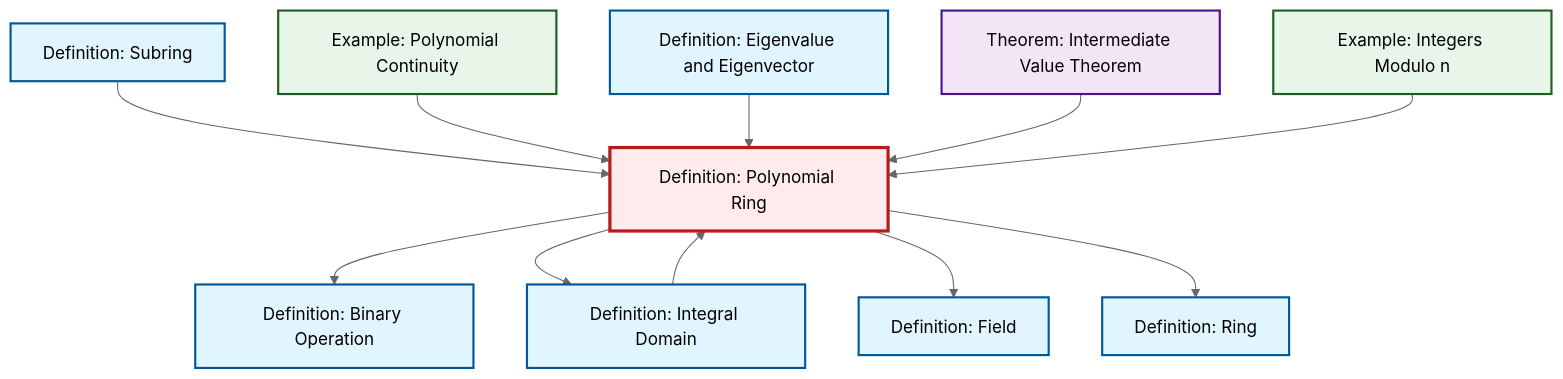
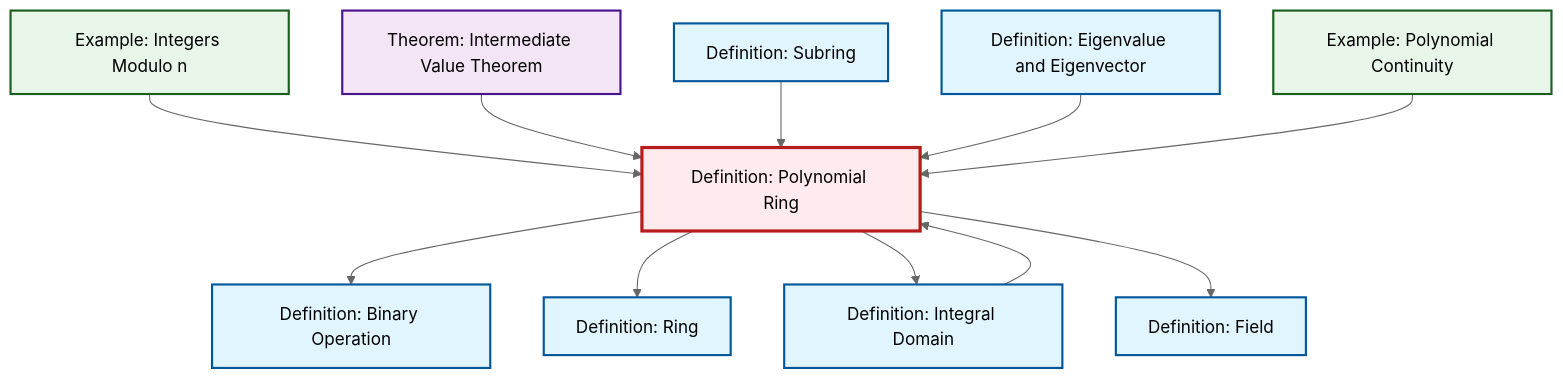
The diagram in content/en/algebra/def-polynomial-ring.qmd (RK0429/ModernMath), drawn with Mermaid (neutral theme) before and after one commit. The commit also changed other lines of this file and 634 other files, not shown here.

````diff
--- a/content/en/algebra/def-polynomial-ring.qmd
+++ b/content/en/algebra/def-polynomial-ring.qmd
@@ -94,39 +94,39 @@
 ```{mermaid}
 %%| fig-cap: "Local dependency graph"
 graph TD
     classDef definition fill:#e1f5fe,stroke:#01579b,stroke-width:2px
     classDef theorem fill:#f3e5f5,stroke:#4a148c,stroke-width:2px
     classDef axiom fill:#fff3e0,stroke:#e65100,stroke-width:2px
     classDef example fill:#e8f5e9,stroke:#1b5e20,stroke-width:2px
     classDef current fill:#ffebee,stroke:#b71c1c,stroke-width:3px
     def-binary-operation["Definition: Binary Operation"]:::definition
-    thm-intermediate-value["Theorem: Intermediate Value Theorem"]:::theorem
     ex-polynomial-continuity["Example: Polynomial Continuity"]:::example
+    def-ring["Definition: Ring"]:::definition
+    def-eigenvalue-eigenvector["Definition: Eigenvalue and Eigenvector"]:::definition
     def-integral-domain["Definition: Integral Domain"]:::definition
-    def-eigenvalue-eigenvector["Definition: Eigenvalue and Eigenvector"]:::definition
     def-subring["Definition: Subring"]:::definition
     ex-quotient-integers-mod-n["Example: Integers Modulo n"]:::example
+    def-field["Definition: Field"]:::definition
+    thm-intermediate-value["Theorem: Intermediate Value Theorem"]:::theorem
     def-polynomial-ring["Definition: Polynomial Ring"]:::definition
-    def-field["Definition: Field"]:::definition
-    def-ring["Definition: Ring"]:::definition
+    ex-quotient-integers-mod-n --> def-polynomial-ring
+    thm-intermediate-value --> def-polynomial-ring
     def-polynomial-ring --> def-binary-operation
     def-subring --> def-polynomial-ring
+    def-eigenvalue-eigenvector --> def-polynomial-ring
+    ex-polynomial-continuity --> def-polynomial-ring
+    def-integral-domain --> def-polynomial-ring
+    def-polynomial-ring --> def-ring
     def-polynomial-ring --> def-integral-domain
-    ex-polynomial-continuity --> def-polynomial-ring
-    def-eigenvalue-eigenvector --> def-polynomial-ring
-    thm-intermediate-value --> def-polynomial-ring
-    ex-quotient-integers-mod-n --> def-polynomial-ring
-    def-integral-domain --> def-polynomial-ring
     def-polynomial-ring --> def-field
-    def-polynomial-ring --> def-ring
     class def-polynomial-ring current
     click def-binary-operation "def-binary-operation.html" "Go to Binary Operation definition"
-    click thm-intermediate-value "thm-intermediate-value.html" "Go to Intermediate Value Theorem theorem"
     click ex-polynomial-continuity "ex-polynomial-continuity.html" "Go to Polynomial Continuity example"
+    click def-ring "def-ring.html" "Go to Ring definition"
+    click def-eigenvalue-eigenvector "def-eigenvalue-eigenvector.html" "Go to Eigenvalue and Eigenvector definition"
     click def-integral-domain "def-integral-domain.html" "Go to Integral Domain definition"
-    click def-eigenvalue-eigenvector "def-eigenvalue-eigenvector.html" "Go to Eigenvalue and Eigenvector definition"
     click def-subring "def-subring.html" "Go to Subring definition"
     click ex-quotient-integers-mod-n "ex-quotient-integers-mod-n.html" "Go to Integers Modulo n example"
     click def-field "def-field.html" "Go to Field definition"
-    click def-ring "def-ring.html" "Go to Ring definition"
+    click thm-intermediate-value "thm-intermediate-value.html" "Go to Intermediate Value Theorem theorem"
 ```
````
